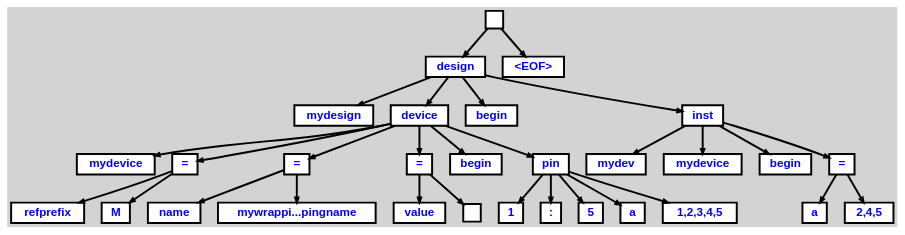
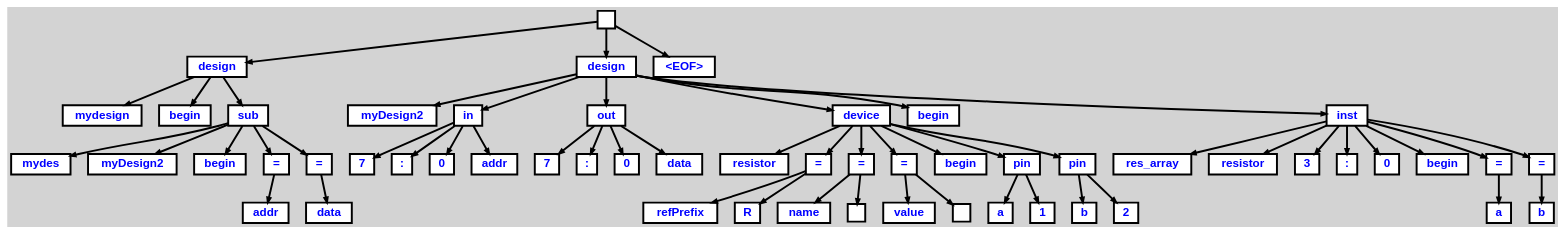
Before and after one commit to Augertron/PHDL.eclipse: the diagram in phdl/wrap.dot, drawn with Graphviz. The commit also changed 52 other files, not shown here.

```diff
--- a/phdl/wrap.dot
+++ b/phdl/wrap.dot
@@ -1,78 +1,136 @@
 digraph {
 
 	ordering=out;
 	ranksep=.4;
 	bgcolor="lightgrey"; node [shape=box, fixedsize=false, fontsize=12, fontname="Helvetica-bold", fontcolor="blue"
 		width=.25, height=.25, color="black", fillcolor="white", style="filled, solid, bold"];
 	edge [arrowsize=.5, color="black", style="bold"]
 
   n0 [label=""];
   n1 [label="design"];
   n1 [label="design"];
   n2 [label="mydesign"];
-  n3 [label="device"];
-  n3 [label="device"];
-  n4 [label="mydevice"];
-  n5 [label="="];
-  n5 [label="="];
-  n6 [label="refprefix"];
-  n7 [label="M"];
+  n3 [label="begin"];
+  n4 [label="sub"];
+  n4 [label="sub"];
+  n5 [label="mydes"];
+  n6 [label="myDesign2"];
+  n7 [label="begin"];
   n8 [label="="];
   n8 [label="="];
-  n9 [label="name"];
-  n10 [label="mywrappi...pingname"];
-  n11 [label="="];
-  n11 [label="="];
-  n12 [label="value"];
-  n13 [label=""];
-  n14 [label="begin"];
-  n15 [label="pin"];
-  n15 [label="pin"];
-  n16 [label="1"];
-  n17 [label=":"];
-  n18 [label="5"];
-  n19 [label="a"];
-  n20 [label="1,2,3,4,5"];
-  n21 [label="begin"];
-  n22 [label="inst"];
-  n22 [label="inst"];
-  n23 [label="mydev"];
-  n24 [label="mydevice"];
-  n25 [label="begin"];
+  n9 [label="addr"];
+  n10 [label="="];
+  n10 [label="="];
+  n11 [label="data"];
+  n12 [label="design"];
+  n12 [label="design"];
+  n13 [label="myDesign2"];
+  n14 [label="in"];
+  n14 [label="in"];
+  n15 [label="7"];
+  n16 [label=":"];
+  n17 [label="0"];
+  n18 [label="addr"];
+  n19 [label="out"];
+  n19 [label="out"];
+  n20 [label="7"];
+  n21 [label=":"];
+  n22 [label="0"];
+  n23 [label="data"];
+  n24 [label="device"];
+  n24 [label="device"];
+  n25 [label="resistor"];
   n26 [label="="];
   n26 [label="="];
-  n27 [label="a"];
-  n28 [label="2,4,5"];
-  n29 [label="<EOF>"];
+  n27 [label="refPrefix"];
+  n28 [label="R"];
+  n29 [label="="];
+  n29 [label="="];
+  n30 [label="name"];
+  n31 [label=""];
+  n32 [label="="];
+  n32 [label="="];
+  n33 [label="value"];
+  n34 [label=""];
+  n35 [label="begin"];
+  n36 [label="pin"];
+  n36 [label="pin"];
+  n37 [label="a"];
+  n38 [label="1"];
+  n39 [label="pin"];
+  n39 [label="pin"];
+  n40 [label="b"];
+  n41 [label="2"];
+  n42 [label="begin"];
+  n43 [label="inst"];
+  n43 [label="inst"];
+  n44 [label="res_array"];
+  n45 [label="resistor"];
+  n46 [label="3"];
+  n47 [label=":"];
+  n48 [label="0"];
+  n49 [label="begin"];
+  n50 [label="="];
+  n50 [label="="];
+  n51 [label="a"];
+  n52 [label="="];
+  n52 [label="="];
+  n53 [label="b"];
+  n54 [label="<EOF>"];
 
   n0 -> n1 // "" -> "design"
   n1 -> n2 // "design" -> "mydesign"
-  n1 -> n3 // "design" -> "device"
-  n3 -> n4 // "device" -> "mydevice"
-  n3 -> n5 // "device" -> "="
-  n5 -> n6 // "=" -> "refprefix"
-  n5 -> n7 // "=" -> "M"
-  n3 -> n8 // "device" -> "="
-  n8 -> n9 // "=" -> "name"
-  n8 -> n10 // "=" -> "mywrappi...pingname"
-  n3 -> n11 // "device" -> "="
-  n11 -> n12 // "=" -> "value"
-  n11 -> n13 // "=" -> ""
-  n3 -> n14 // "device" -> "begin"
-  n3 -> n15 // "device" -> "pin"
-  n15 -> n16 // "pin" -> "1"
-  n15 -> n17 // "pin" -> ":"
-  n15 -> n18 // "pin" -> "5"
-  n15 -> n19 // "pin" -> "a"
-  n15 -> n20 // "pin" -> "1,2,3,4,5"
-  n1 -> n21 // "design" -> "begin"
-  n1 -> n22 // "design" -> "inst"
-  n22 -> n23 // "inst" -> "mydev"
-  n22 -> n24 // "inst" -> "mydevice"
-  n22 -> n25 // "inst" -> "begin"
-  n22 -> n26 // "inst" -> "="
-  n26 -> n27 // "=" -> "a"
-  n26 -> n28 // "=" -> "2,4,5"
-  n0 -> n29 // "" -> "<EOF>"
+  n1 -> n3 // "design" -> "begin"
+  n1 -> n4 // "design" -> "sub"
+  n4 -> n5 // "sub" -> "mydes"
+  n4 -> n6 // "sub" -> "myDesign2"
+  n4 -> n7 // "sub" -> "begin"
+  n4 -> n8 // "sub" -> "="
+  n8 -> n9 // "=" -> "addr"
+  n4 -> n10 // "sub" -> "="
+  n10 -> n11 // "=" -> "data"
+  n0 -> n12 // "" -> "design"
+  n12 -> n13 // "design" -> "myDesign2"
+  n12 -> n14 // "design" -> "in"
+  n14 -> n15 // "in" -> "7"
+  n14 -> n16 // "in" -> ":"
+  n14 -> n17 // "in" -> "0"
+  n14 -> n18 // "in" -> "addr"
+  n12 -> n19 // "design" -> "out"
+  n19 -> n20 // "out" -> "7"
+  n19 -> n21 // "out" -> ":"
+  n19 -> n22 // "out" -> "0"
+  n19 -> n23 // "out" -> "data"
+  n12 -> n24 // "design" -> "device"
+  n24 -> n25 // "device" -> "resistor"
+  n24 -> n26 // "device" -> "="
+  n26 -> n27 // "=" -> "refPrefix"
+  n26 -> n28 // "=" -> "R"
+  n24 -> n29 // "device" -> "="
+  n29 -> n30 // "=" -> "name"
+  n29 -> n31 // "=" -> ""
+  n24 -> n32 // "device" -> "="
+  n32 -> n33 // "=" -> "value"
+  n32 -> n34 // "=" -> ""
+  n24 -> n35 // "device" -> "begin"
+  n24 -> n36 // "device" -> "pin"
+  n36 -> n37 // "pin" -> "a"
+  n36 -> n38 // "pin" -> "1"
+  n24 -> n39 // "device" -> "pin"
+  n39 -> n40 // "pin" -> "b"
+  n39 -> n41 // "pin" -> "2"
+  n12 -> n42 // "design" -> "begin"
+  n12 -> n43 // "design" -> "inst"
+  n43 -> n44 // "inst" -> "res_array"
+  n43 -> n45 // "inst" -> "resistor"
+  n43 -> n46 // "inst" -> "3"
+  n43 -> n47 // "inst" -> ":"
+  n43 -> n48 // "inst" -> "0"
+  n43 -> n49 // "inst" -> "begin"
+  n43 -> n50 // "inst" -> "="
+  n50 -> n51 // "=" -> "a"
+  n43 -> n52 // "inst" -> "="
+  n52 -> n53 // "=" -> "b"
+  n0 -> n54 // "" -> "<EOF>"
 
 }
```
